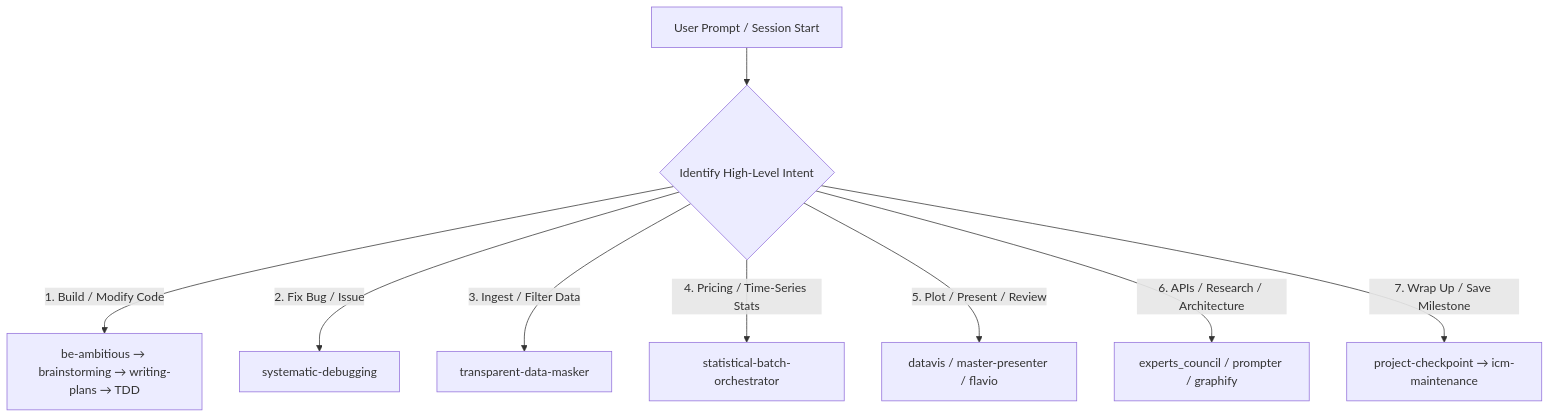
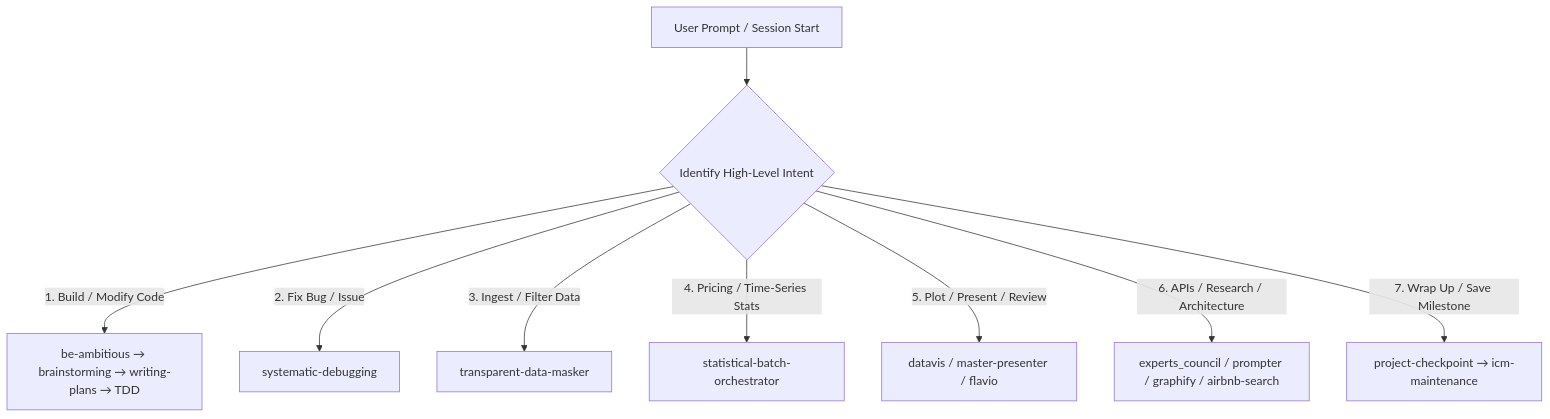
The diagram in .agents/skills/skills-route/SKILL.md (loremauro98/travel_planner), drawn with Mermaid before and after one commit. The commit also changed other lines of this file and 24 other files, not shown here.

First line of the commit message:
feat: add automated Airbnb search and shortlist

````diff
--- a/.agents/skills/skills-route/SKILL.md
+++ b/.agents/skills/skills-route/SKILL.md
@@ -19,12 +19,12 @@
 ```mermaid
 flowchart TD
     UserAsk["User Prompt / Session Start"] --> IntentRouter{"Identify High-Level Intent"}
 
     IntentRouter -->|"1. Build / Modify Code"| C1["be-ambitious → brainstorming → writing-plans → TDD"]
     IntentRouter -->|"2. Fix Bug / Issue"| C2["systematic-debugging"]
     IntentRouter -->|"3. Ingest / Filter Data"| C3["transparent-data-masker"]
     IntentRouter -->|"4. Pricing / Time-Series Stats"| C4["statistical-batch-orchestrator"]
     IntentRouter -->|"5. Plot / Present / Review"| C5["datavis / master-presenter / flavio"]
-    IntentRouter -->|"6. APIs / Research / Architecture"| C6["experts_council / prompter / graphify"]
+    IntentRouter -->|"6. APIs / Research / Architecture"| C6["experts_council / prompter / graphify / airbnb-search"]
     IntentRouter -->|"7. Wrap Up / Save Milestone"| C7["project-checkpoint → icm-maintenance"]
 ```
````
